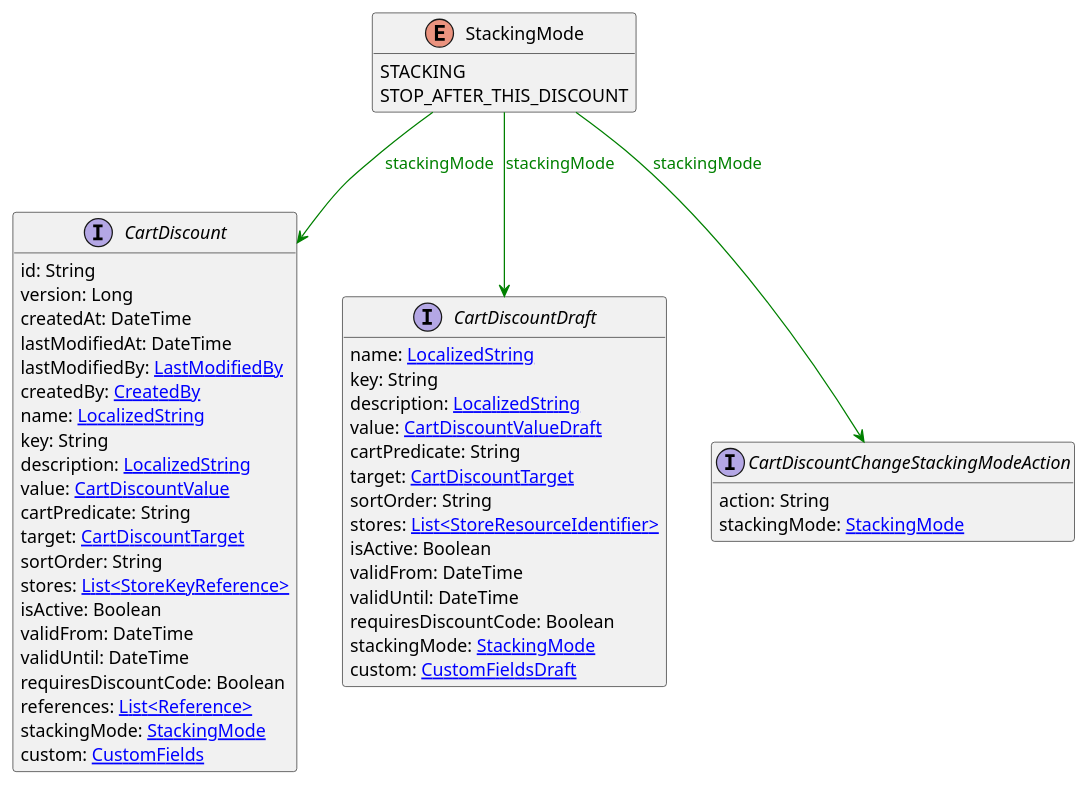
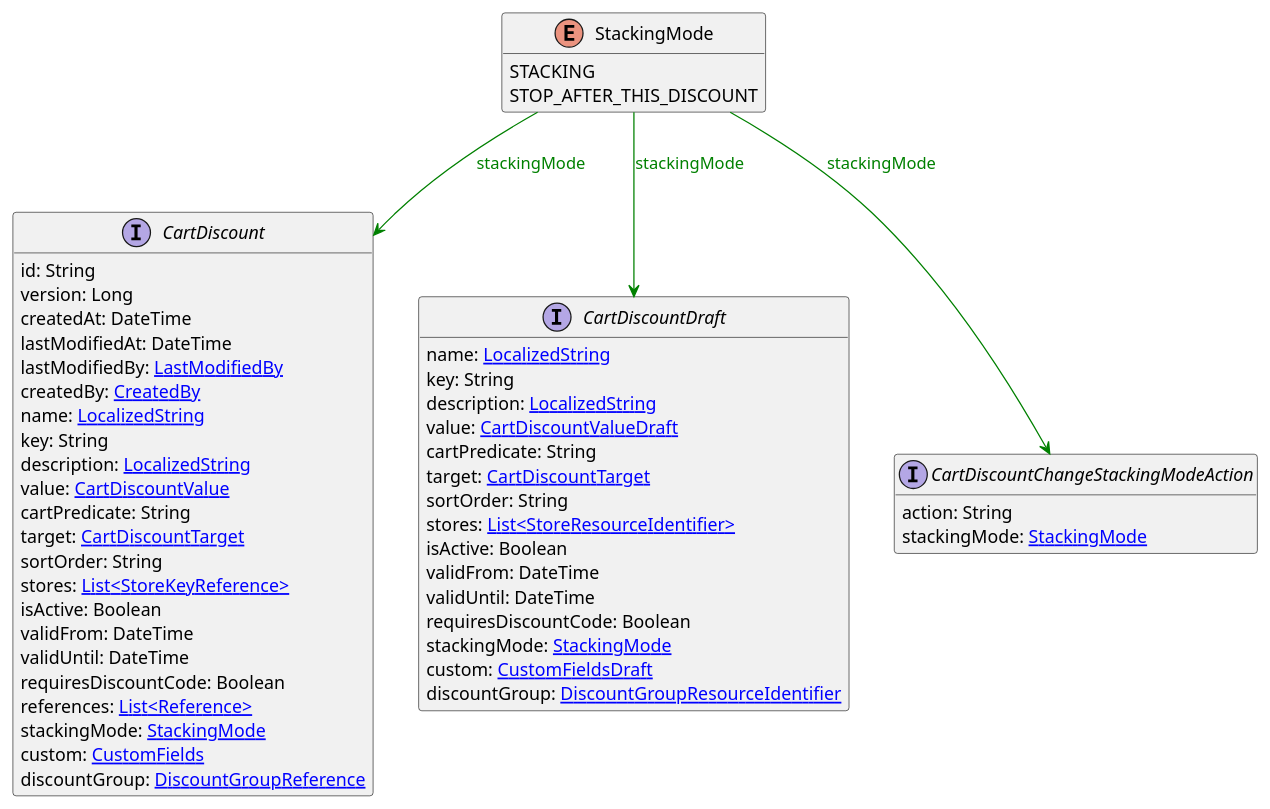
Before and after one commit to commercetools/commercetools-api-reference: the diagram in uml/api/StackingMode.puml, drawn with PlantUML. The commit also changed 1854 other files, not shown here.

```diff
--- a/uml/api/StackingMode.puml
+++ b/uml/api/StackingMode.puml
@@ -1,54 +1,56 @@
 @startuml
 
 hide methods
 enum StackingMode {
     STACKING
     STOP_AFTER_THIS_DISCOUNT
 }
 interface CartDiscount [[CartDiscount.svg]]  {
     id: String
     version: Long
     createdAt: DateTime
     lastModifiedAt: DateTime
     lastModifiedBy: [[LastModifiedBy.svg LastModifiedBy]]
     createdBy: [[CreatedBy.svg CreatedBy]]
     name: [[LocalizedString.svg LocalizedString]]
     key: String
     description: [[LocalizedString.svg LocalizedString]]
     value: [[CartDiscountValue.svg CartDiscountValue]]
     cartPredicate: String
     target: [[CartDiscountTarget.svg CartDiscountTarget]]
     sortOrder: String
     stores: [[StoreKeyReference.svg List<StoreKeyReference>]]
     isActive: Boolean
     validFrom: DateTime
     validUntil: DateTime
     requiresDiscountCode: Boolean
     references: [[Reference.svg List<Reference>]]
     stackingMode: [[StackingMode.svg StackingMode]]
     custom: [[CustomFields.svg CustomFields]]
+    discountGroup: [[DiscountGroupReference.svg DiscountGroupReference]]
 }
 interface CartDiscountDraft [[CartDiscountDraft.svg]]  {
     name: [[LocalizedString.svg LocalizedString]]
     key: String
     description: [[LocalizedString.svg LocalizedString]]
     value: [[CartDiscountValueDraft.svg CartDiscountValueDraft]]
     cartPredicate: String
     target: [[CartDiscountTarget.svg CartDiscountTarget]]
     sortOrder: String
     stores: [[StoreResourceIdentifier.svg List<StoreResourceIdentifier>]]
     isActive: Boolean
     validFrom: DateTime
     validUntil: DateTime
     requiresDiscountCode: Boolean
     stackingMode: [[StackingMode.svg StackingMode]]
     custom: [[CustomFieldsDraft.svg CustomFieldsDraft]]
+    discountGroup: [[DiscountGroupResourceIdentifier.svg DiscountGroupResourceIdentifier]]
 }
 interface CartDiscountChangeStackingModeAction [[CartDiscountChangeStackingModeAction.svg]]  {
     action: String
     stackingMode: [[StackingMode.svg StackingMode]]
 }
 StackingMode --> CartDiscount #green;text:green : "stackingMode"
 StackingMode --> CartDiscountDraft #green;text:green : "stackingMode"
 StackingMode --> CartDiscountChangeStackingModeAction #green;text:green : "stackingMode"
 @enduml
```
